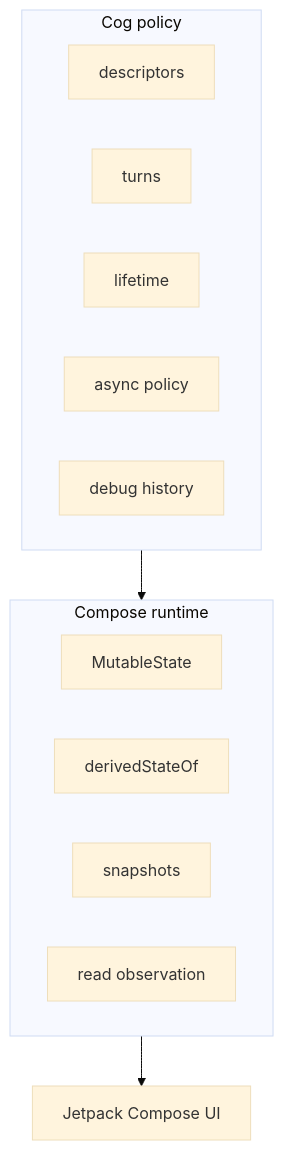
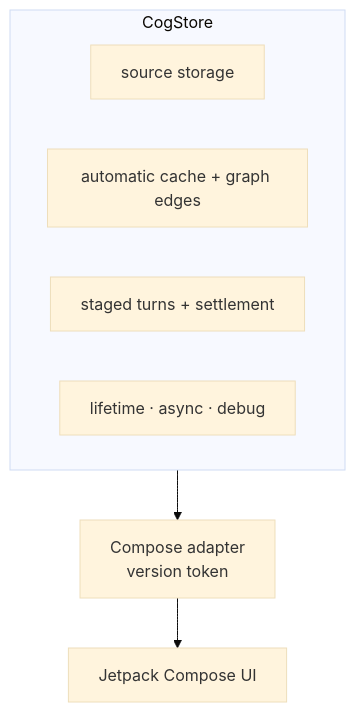
The first of 4 diagrams in docs/kotlin/exploration.md (skeswa/cog), drawn with Mermaid (base theme) before and after one commit. The commit also changed other lines of this file and 5 other files, not shown here.

Commit message:
docs(kotlin): align the runtime with the Swift boundary model

````diff
--- a/docs/kotlin/exploration.md
+++ b/docs/kotlin/exploration.md
@@ -42,18 +42,11 @@
 ```mermaid
 flowchart TB
-    subgraph App["Cog policy"]
-        Name["descriptors"]
-        Turn["turns"]
-        Life["lifetime"]
-        Async["async policy"]
-        Debug["debug history"]
+    subgraph Runtime["CogStore"]
+        Source["source storage"]
+        Automatic["automatic cache + graph edges"]
+        Turn["staged turns + settlement"]
+        Policy["lifetime · async · debug"]
     end
-    subgraph Runtime["Compose runtime"]
-        Source["MutableState"]
-        Automatic["derivedStateOf"]
-        Snapshot["snapshots"]
-        Observe["read observation"]
-    end
-    App --> Runtime
-    Runtime --> UI["Jetpack Compose UI"]
+    Runtime --> Boundary["Compose adapter<br/>version token"]
+    Boundary --> UI["Jetpack Compose UI"]
 ```
````
